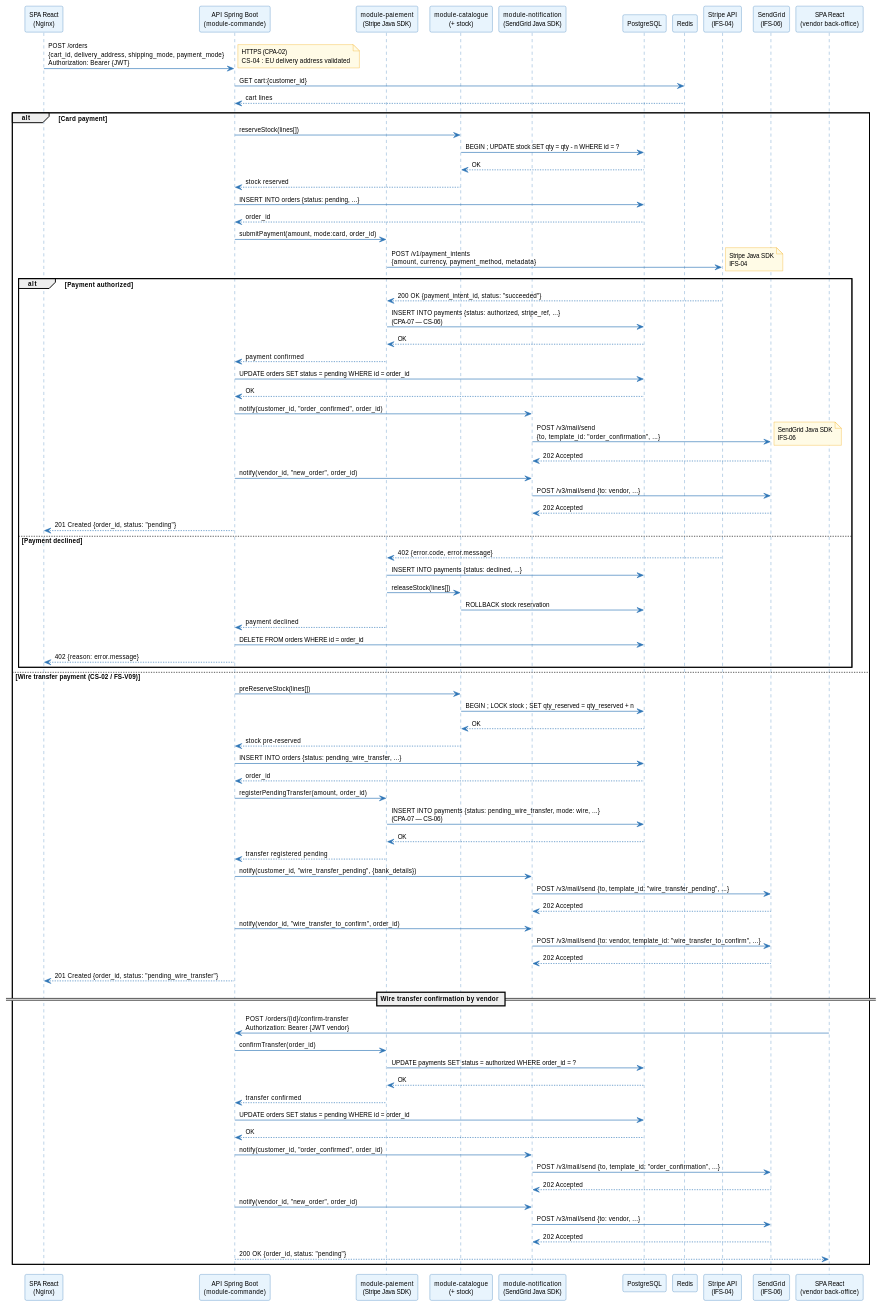
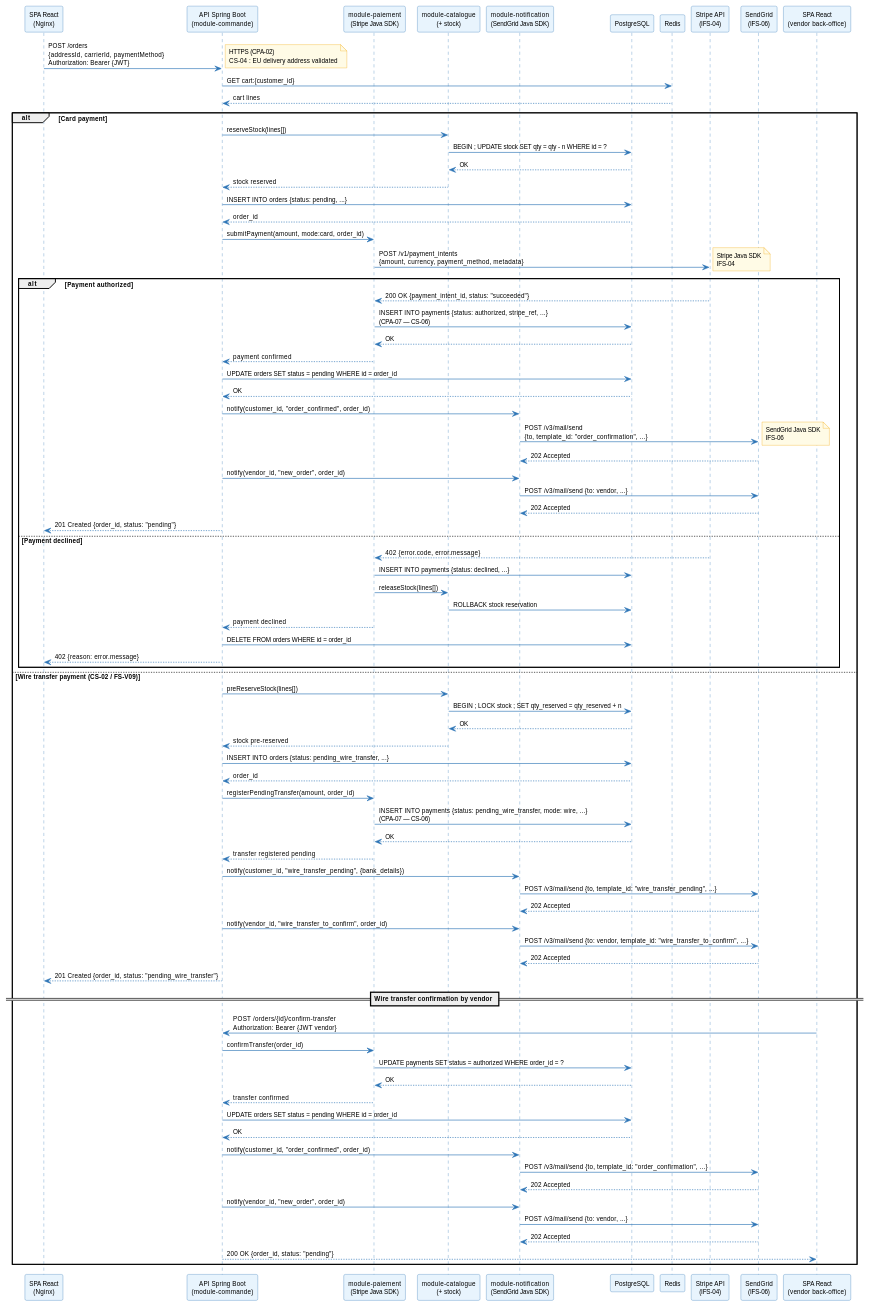
The third of 42 diagrams in architecture/04-physical-architecture/pa.adoc (louistalvande/online_shop), drawn with PlantUML before and after one commit. The commit also changed other lines of this file and 62 other files, not shown here.

```diff
--- a/architecture/04-physical-architecture/pa.adoc
+++ b/architecture/04-physical-architecture/pa.adoc
@@ -321,7 +321,7 @@
 participant "Stripe API\n(IFS-04)" as Stripe
 participant "SendGrid\n(IFS-06)" as Mail
 
-SPA -> API : POST /orders\n{cart_id, delivery_address, shipping_mode, payment_mode}\nAuthorization: Bearer {JWT}
+SPA -> API : POST /orders\n{addressId, carrierId, paymentMethod}\nAuthorization: Bearer {JWT}
 note right : HTTPS (CPA-02)\nCS-04 : EU delivery address validated
 
 API -> Redis : GET cart:{customer_id}
```
